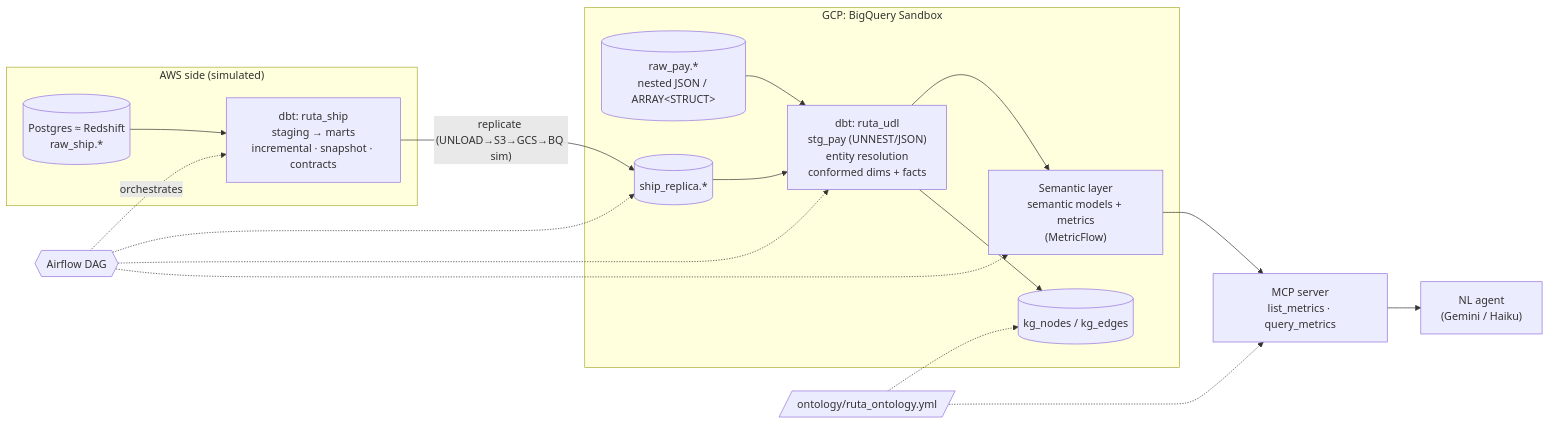
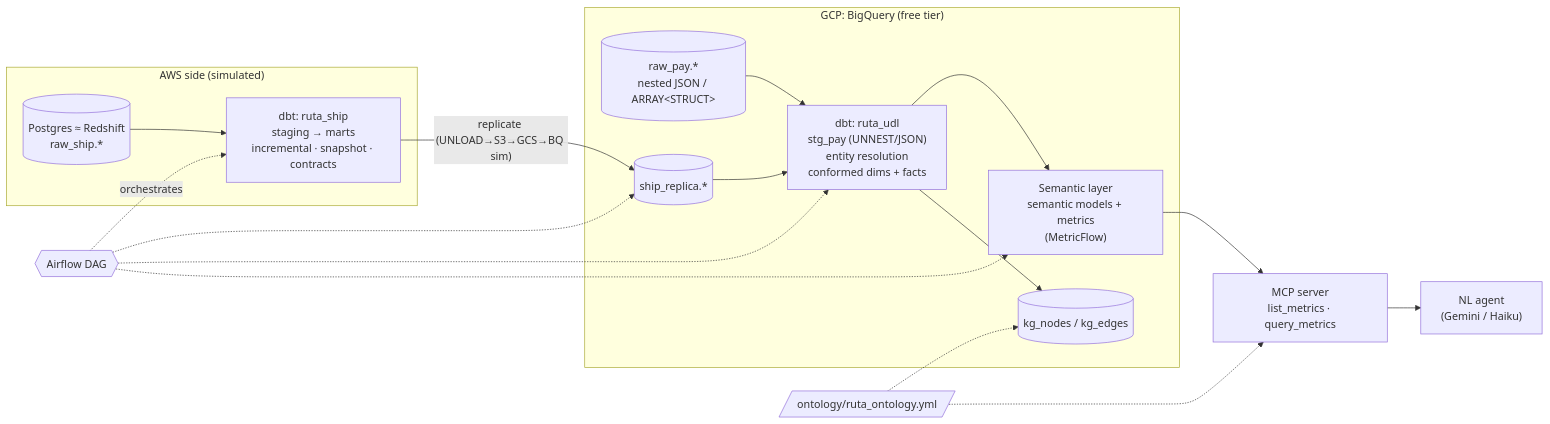
Before and after one commit to nachhh/rutagroup: the diagram in docs/diagrams/architecture.md, drawn with Mermaid. The commit also changed 34 other files, not shown here.

Commit message:
Phase 0: local Postgres + BigQuery setup, data generator, dbt scaffolding

````diff
--- a/docs/diagrams/architecture.md
+++ b/docs/diagrams/architecture.md
@@ -3,34 +3,34 @@
 ```mermaid
 flowchart LR
   subgraph AWS["AWS side (simulated)"]
     PGraw[("Postgres ≈ Redshift<br/>raw_ship.*")]
     SHIP["dbt: ruta_ship<br/>staging → marts<br/>incremental · snapshot · contracts"]
     PGraw --> SHIP
   end
 
-  subgraph GCP["GCP: BigQuery Sandbox"]
+  subgraph GCP["GCP: BigQuery (free tier)"]
     BQraw[("raw_pay.*<br/>nested JSON / ARRAY&lt;STRUCT&gt;")]
     REP[("ship_replica.*")]
     UDL["dbt: ruta_udl<br/>stg_pay (UNNEST/JSON)<br/>entity resolution<br/>conformed dims + facts"]
     SEM["Semantic layer<br/>semantic models + metrics<br/>(MetricFlow)"]
     KG[("kg_nodes / kg_edges")]
     BQraw --> UDL
     REP --> UDL
     UDL --> SEM
     UDL --> KG
   end
 
   ONT[/"ontology/ruta_ontology.yml"/]
   SHIP -- "replicate (UNLOAD→S3→GCS→BQ sim)" --> REP
   ONT -.-> KG
   ONT -.-> MCP
 
   MCP["MCP server<br/>list_metrics · query_metrics"]
   AG["NL agent<br/>(Gemini / Haiku)"]
   SEM --> MCP --> AG
 
   AF{{"Airflow DAG"}} -.orchestrates.-> SHIP
   AF -.-> REP
   AF -.-> UDL
   AF -.-> SEM
 ```
````
